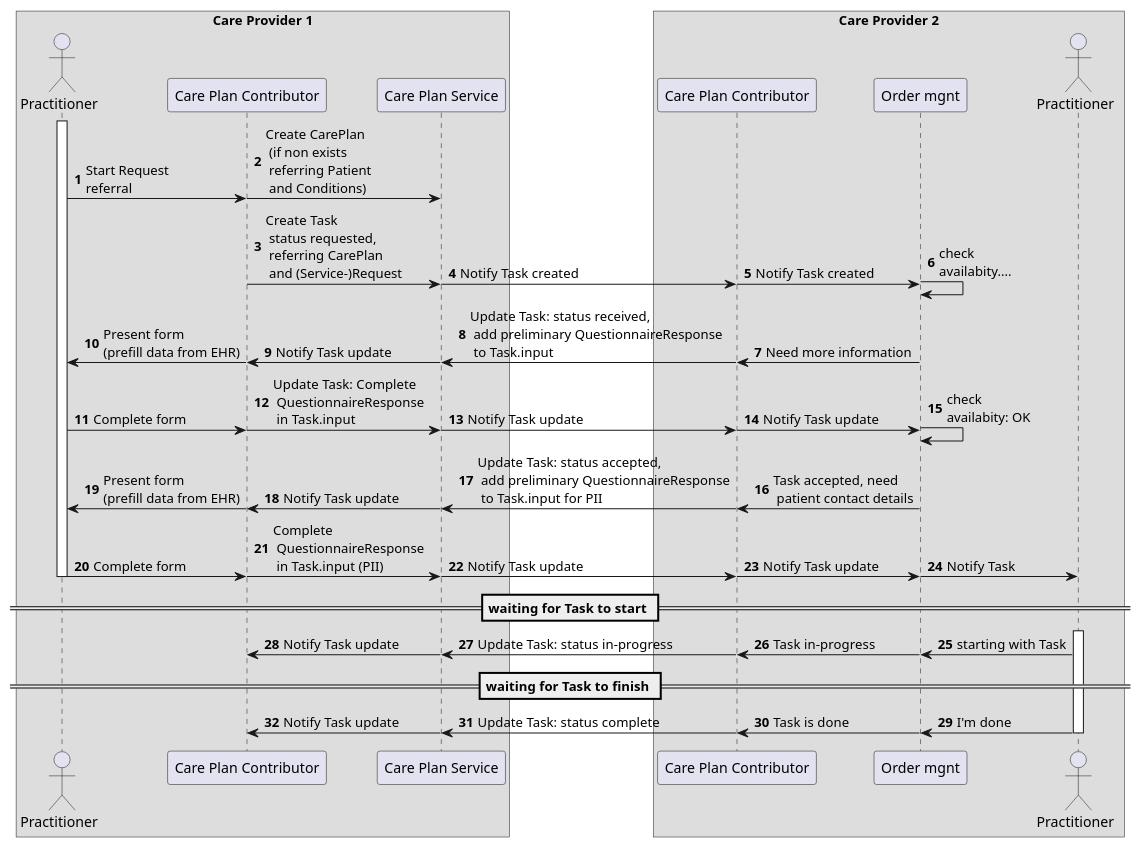
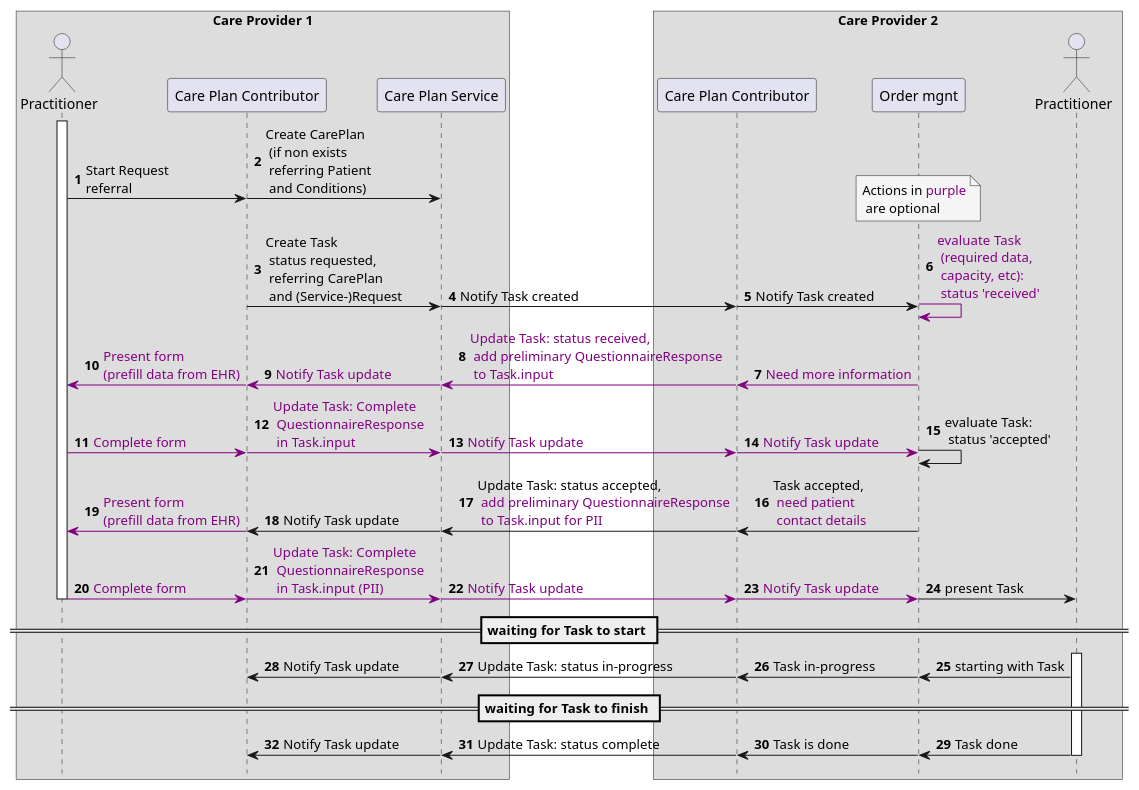
The diagram in input/images-source/task-negotiation-overview-1-2.plantuml (SanteonNL/shared-care-planning), drawn with PlantUML before and after one commit. The commit also changed 7 other files, not shown here.

```diff
--- a/input/images-source/task-negotiation-overview-1-2.plantuml
+++ b/input/images-source/task-negotiation-overview-1-2.plantuml
@@ -1,62 +1,67 @@
 @startuml task-negotiation-overview-1-2
 autonumber
 !pragma teoz true
-
-' title Use Case Home monitoring - Hospital onboarding Patient at Monitoring Clinic
 
 box Care Provider 1
     actor "Practitioner" as Practitioner1
     participant "Care Plan Contributor" as CPC1
     participant "Care Plan Service" as CPS
 end box
 box Care Provider 2
-    participant "Care Plan Contributor" as CPC2
+     participant "Care Plan Contributor" as CPC2
     participant "Order mgnt" as EHR2
     actor "Practitioner" as Practitioner2
 end box
 
+hide footbox
+
 activate Practitioner1
 Practitioner1 -> CPC1 : Start Request\nreferral
-& CPC1 -> CPS : Create CarePlan\n (if non exists\n referring Patient\n and Conditions)
+&CPC1 -> CPS : Create CarePlan\n (if non exists\n referring Patient\n and Conditions)
+& note over EHR2 #WhiteSmoke
+Actions in <color #purple>purple
+ are optional
+end note
 CPC1 -> CPS : Create Task\n status requested,\n referring CarePlan\n and (Service-)Request
 & CPS -> CPC2  : Notify Task created
 & CPC2 -> EHR2  : Notify Task created
-& EHR2 -> EHR2 : check\navailabity....
+& EHR2 -[#purple]> EHR2 : <color #purple>evaluate Task\n <color #purple>(required data,\n <color #purple>capacity, etc):\n <color #purple>status 'received'
 
-EHR2 -> CPC2 : Need more information
-& CPC2 -> CPS  : Update Task: status received,\n add preliminary QuestionnaireResponse\n to Task.input
+
+EHR2 -[#purple]> CPC2 : <color #purple>Need more information
+& CPC2 -[#purple]> CPS  : <color #purple>Update Task: status received,\n <color #purple>add preliminary QuestionnaireResponse\n <color #purple>to Task.input
+& CPS -[#purple]> CPC1 : <color #purple>Notify Task update
+& CPC1 -[#purple]> Practitioner1 : <color #purple>Present form\n<color #purple>(prefill data from EHR)
+
+Practitioner1 -[#purple]> CPC1 : <color #purple>Complete form
+& CPC1 -[#purple]> CPS : <color #purple>Update Task: Complete\n <color #purple>QuestionnaireResponse\n <color #purple>in Task.input
+& CPS -[#purple]> CPC2 : <color #purple>Notify Task update
+& CPC2 -[#purple]> EHR2 : <color #purple>Notify Task update
+& EHR2 -> EHR2 : evaluate Task:\n status 'accepted'
+
+EHR2 -> CPC2 : Task accepted,\n <color #purple>need patient\n <color #purple>contact details
+& CPC2 -> CPS : Update Task: status accepted,\n <color #purple>add preliminary QuestionnaireResponse\n <color #purple>to Task.input for PII
 & CPS -> CPC1 : Notify Task update
-& CPC1 -> Practitioner1 : Present form\n(prefill data from EHR)
+& CPC1 -[#purple]> Practitioner1 : <color #purple>Present form\n<color #purple>(prefill data from EHR)
 
-Practitioner1 -> CPC1 : Complete form
-& CPC1 -> CPS : Update Task: Complete\n QuestionnaireResponse\n in Task.input
-& CPS -> CPC2 : Notify Task update
-& CPC2 -> EHR2 : Notify Task update
-& EHR2 -> EHR2 : check\navailabity: OK
-
-EHR2 -> CPC2 : Task accepted, need\n patient contact details
-& CPC2 -> CPS : Update Task: status accepted,\n add preliminary QuestionnaireResponse\n to Task.input for PII
-& CPS -> CPC1 : Notify Task update
-& CPC1 -> Practitioner1 : Present form\n(prefill data from EHR)
-Practitioner1 -> CPC1 : Complete form
-& CPC1 -> CPS : Complete\n QuestionnaireResponse\n in Task.input (PII)
-
-& CPS -> CPC2 : Notify Task update
-& CPC2 -> EHR2 : Notify Task update
-& EHR2 -> Practitioner2 : Notify Task
+Practitioner1 -[#purple]> CPC1 : <color #purple>Complete form
+& CPC1 -[#purple]> CPS : <color #purple>Update Task: Complete\n <color #purple>QuestionnaireResponse\n <color #purple>in Task.input (PII)
+& CPS -[#purple]> CPC2 : <color #purple>Notify Task update
+& CPC2 -[#purple]> EHR2 : <color #purple>Notify Task update
+& EHR2 -> Practitioner2 : present Task
 deactivate Practitioner1
 
 == waiting for Task to start ==
 activate Practitioner2
 Practitioner2 -> EHR2 : starting with Task
 & EHR2 -> CPC2 : Task in-progress
 & CPC2 -> CPS : Update Task: status in-progress
 & CPS -> CPC1 : Notify Task update
 
 == waiting for Task to finish ==
-Practitioner2 -> EHR2 : I'm done
+Practitioner2 -> EHR2 : Task done
 & EHR2 -> CPC2 : Task is done
 & CPC2 -> CPS : Update Task: status complete
 & CPS -> CPC1 : Notify Task update
 deactivate Practitioner2
 @enduml
```
